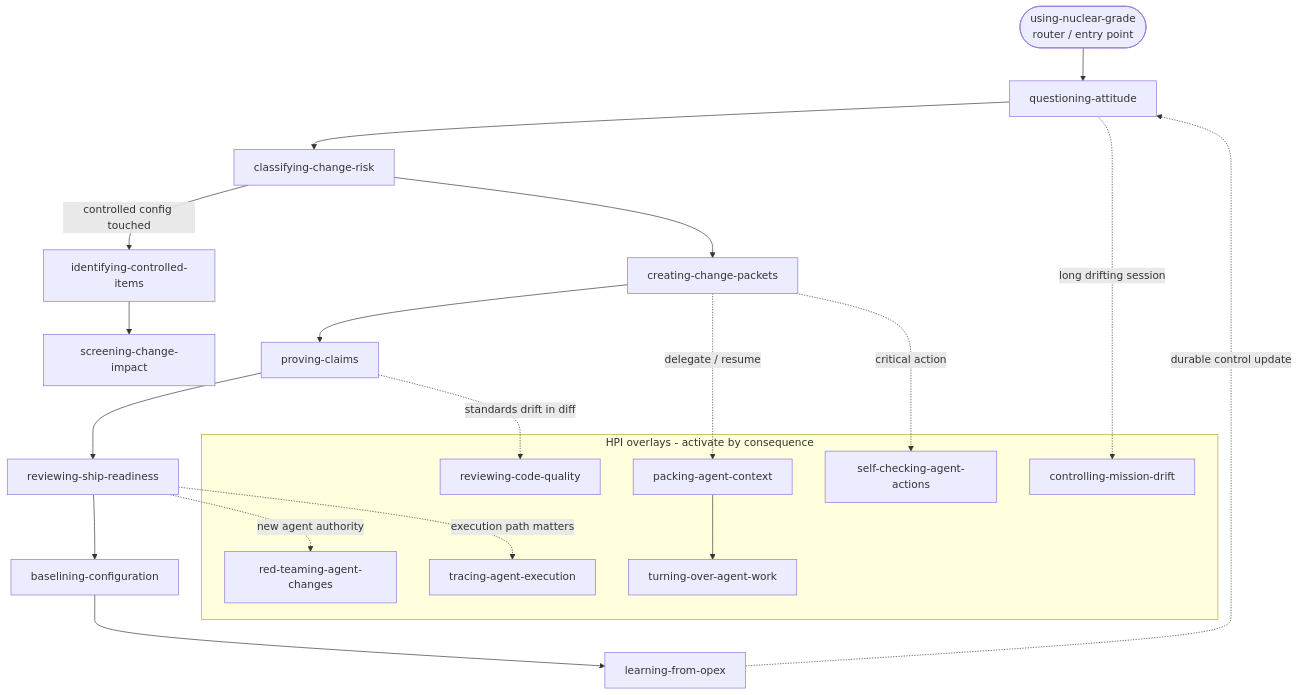
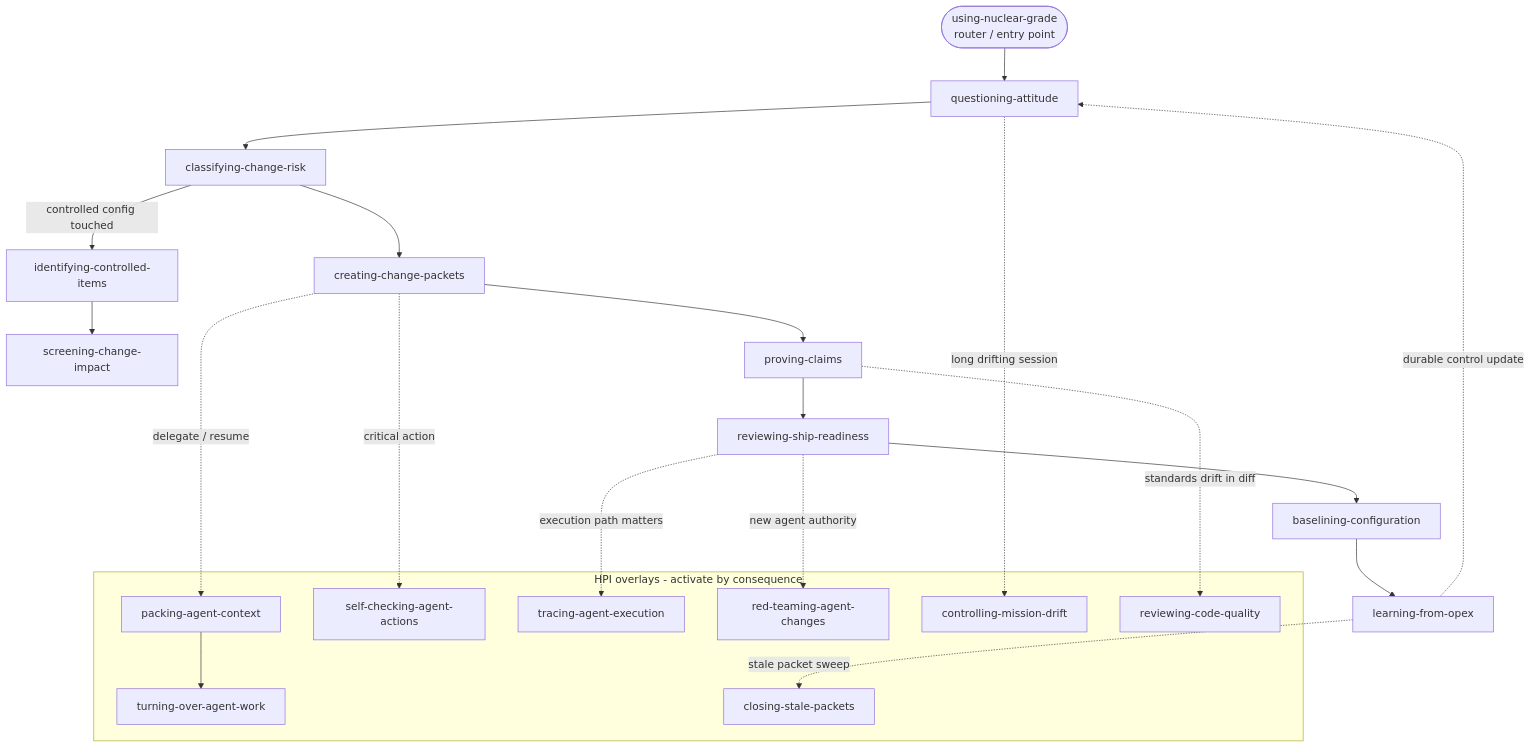
Before and after one commit to FlyFission/nuclear-grade-context-engineering: the diagram in SKILLS.md, drawn with Mermaid. The commit also changed other lines of this file and 9 other files, not shown here.

First line of the commit message:
Add closing-stale-packets skill and ng-close-packet command

````diff
--- a/SKILLS.md
+++ b/SKILLS.md
@@ -36,32 +37,34 @@
 ```mermaid
 flowchart TD
     UNG([using-nuclear-grade<br/>router / entry point])
     UNG --> QA[questioning-attitude]
     QA --> CCR[classifying-change-risk]
     CCR -->|controlled config touched| ICI[identifying-controlled-items]
     CCR --> CCP[creating-change-packets]
     ICI --> SCI[screening-change-impact]
     CCP --> PC[proving-claims]
     PC --> RSR[reviewing-ship-readiness]
     RSR --> BC[baselining-configuration]
     BC --> LFO[learning-from-opex]
     LFO -.durable control update.-> QA
 
     subgraph overlays[HPI overlays - activate by consequence]
       PAC[packing-agent-context]
       TOW[turning-over-agent-work]
       SCA[self-checking-agent-actions]
       TAE[tracing-agent-execution]
       RTA[red-teaming-agent-changes]
       CMD[controlling-mission-drift]
       RCQ[reviewing-code-quality]
+      CSP[closing-stale-packets]
     end
 
     CCP -.delegate / resume.-> PAC
     PAC --> TOW
     CCP -.critical action.-> SCA
     RSR -.new agent authority.-> RTA
     RSR -.execution path matters.-> TAE
     QA -.long drifting session.-> CMD
     PC -.standards drift in diff.-> RCQ
+    LFO -.stale packet sweep.-> CSP
 ```
````
